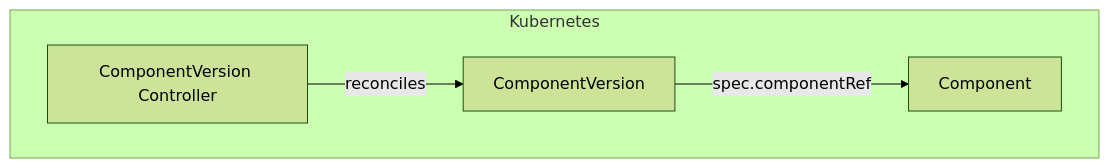
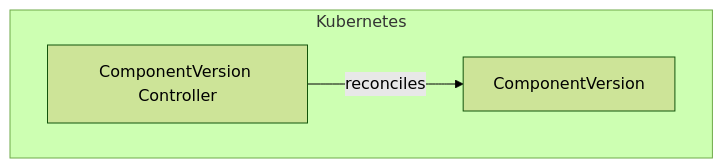
One commit to opendefensecloud/solution-arsenal changed the first of 2 diagrams in docs/developer-guide/componentversion_controller.md. Above: the diagram before and after it, drawn with Mermaid (forest theme). The commit also changed other lines of this file and 99 other files, not shown here.

````diff
--- a/docs/developer-guide/componentversion_controller.md
+++ b/docs/developer-guide/componentversion_controller.md
@@ -9,11 +9,9 @@
 ```mermaid
 flowchart TD
     subgraph Kubernetes
         Ctrl[ComponentVersion Controller]
         CV[ComponentVersion]
-        Comp[Component]
     end
 
     Ctrl -->|reconciles| CV
-    CV -->|spec.componentRef| Comp
 ```
````
